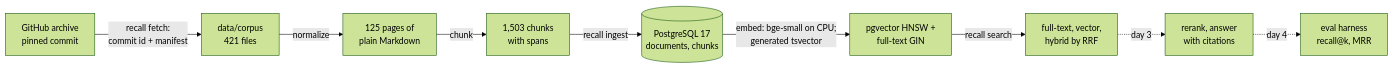
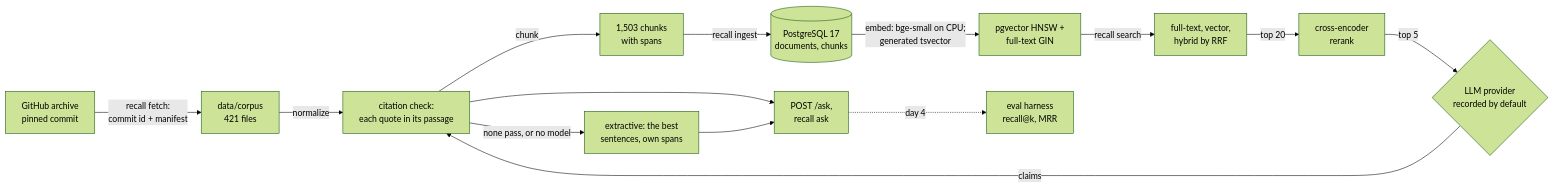
One commit to vivekdavara/recall changed the diagram in README.md. Above: the diagram before and after it, drawn with Mermaid (forest theme). The commit also changed other lines of this file, not shown here.

First line of the commit message:
README: day 3 (status, diagram, layout, how to run, results, tests, decisions, limitations)

````diff
--- a/README.md
+++ b/README.md
@@ -34,11 +34,16 @@
 ```mermaid
 flowchart LR
     A[GitHub archive<br/>pinned commit] -->|recall fetch:<br/>commit id + manifest| B[data/corpus<br/>421 files]
     B -->|normalize| C[125 pages of<br/>plain Markdown]
     C -->|chunk| D[1,503 chunks<br/>with spans]
     D -->|recall ingest| E[(PostgreSQL 17<br/>documents, chunks)]
     E -->|embed: bge-small on CPU;<br/>generated tsvector| F[pgvector HNSW +<br/>full-text GIN]
     F -->|recall search| R[full-text, vector,<br/>hybrid by RRF]
-    R -.->|day 3| G[rerank, answer<br/>with citations]
-    G -.->|day 4| H[eval harness<br/>recall@k, MRR]
+    R -->|top 20| X[cross-encoder<br/>rerank]
+    X -->|top 5| G{LLM provider<br/>recorded by default}
+    G -->|claims| C[citation check:<br/>each quote in its passage]
+    C -->|none pass, or no model| XT[extractive: the best<br/>sentences, own spans]
+    C --> API[POST /ask,<br/>recall ask]
+    XT --> API
+    API -.->|day 4| H[eval harness<br/>recall@k, MRR]
 ```
````
